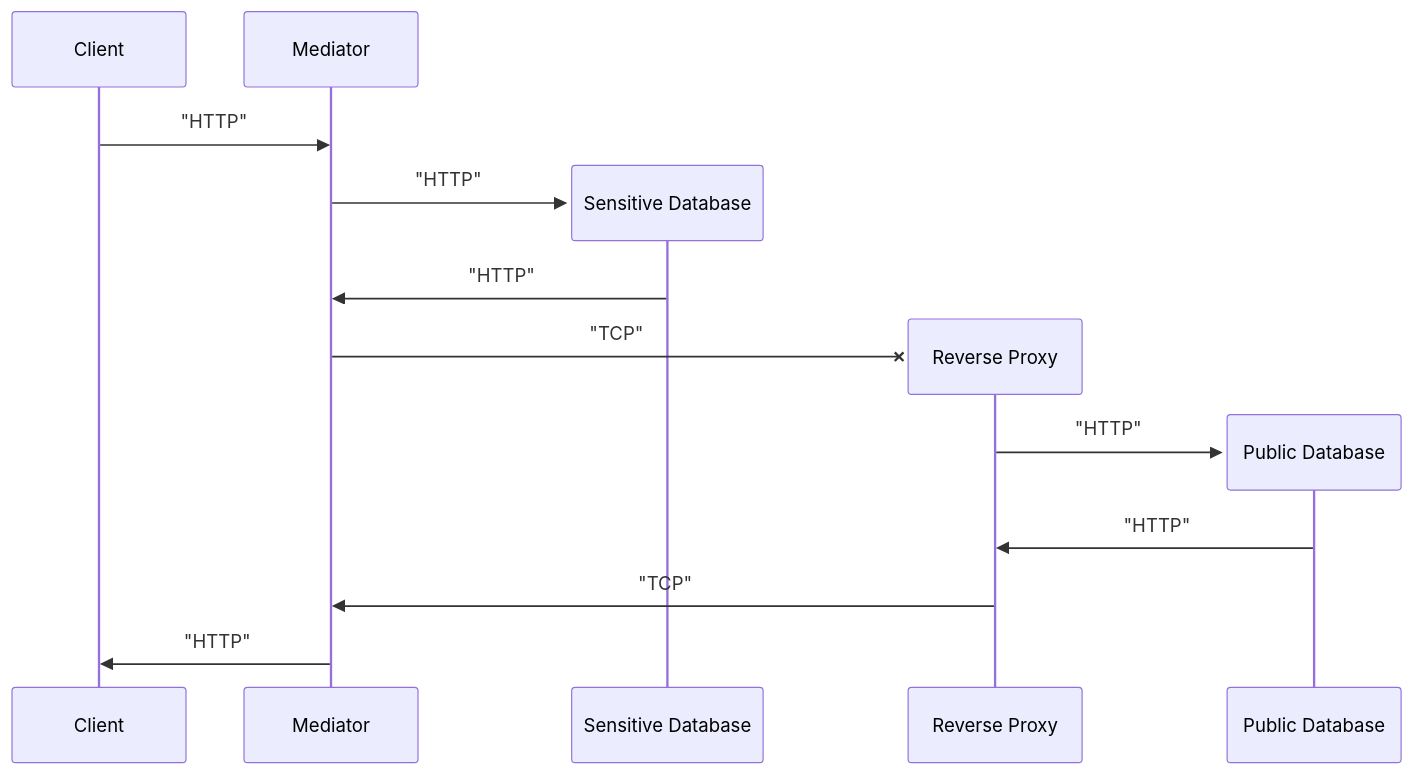
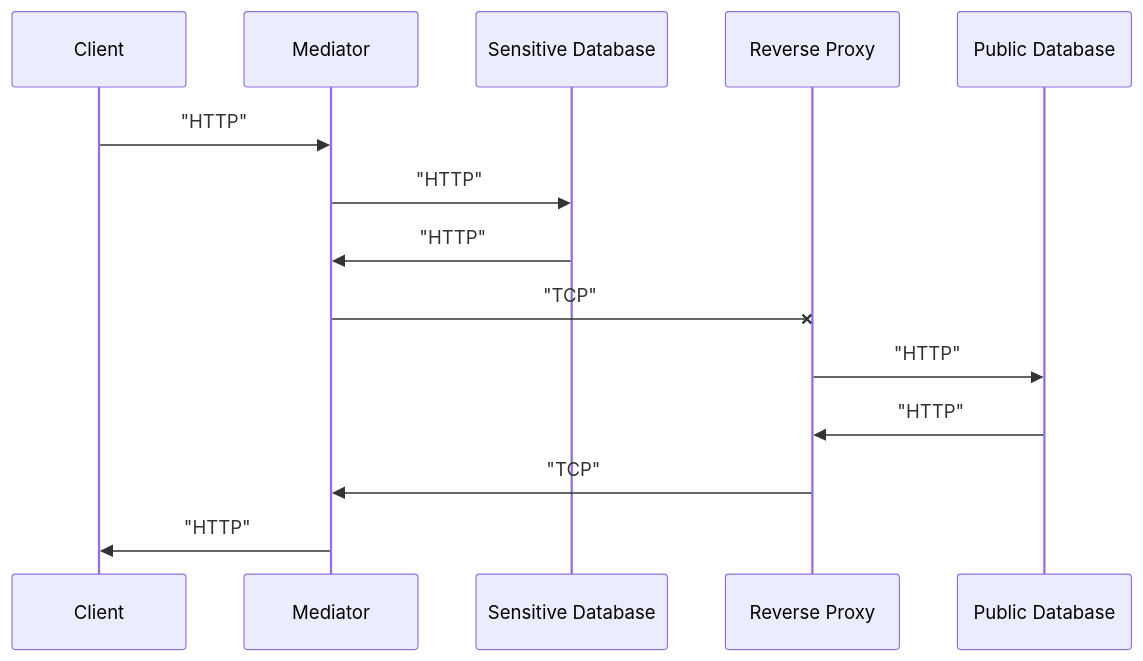
Before and after one commit to SHerlihy/service-architecture-project: the second of 2 diagrams in README.md, drawn with Mermaid.

Commit message:
no create

````diff
--- a/README.md
+++ b/README.md
@@ -38,19 +38,19 @@
 ```mermaid
 sequenceDiagram
     participant cli as Client
     participant med as Mediator
     cli->>med: "HTTP"
 
-    create participant sens as Sensitive Database
+    participant sens as Sensitive Database
     med->>sens: "HTTP"
     sens->>med: "HTTP"
 
-    create participant rev as Reverse Proxy
+    participant rev as Reverse Proxy
     med-xrev: "TCP"
-    create participant pub as Public Database
+    participant pub as Public Database
     rev->>pub: "HTTP"
     pub->>rev:"HTTP"
     rev->>med:"TCP"
 
     med->>cli: "HTTP"
 ```
````
